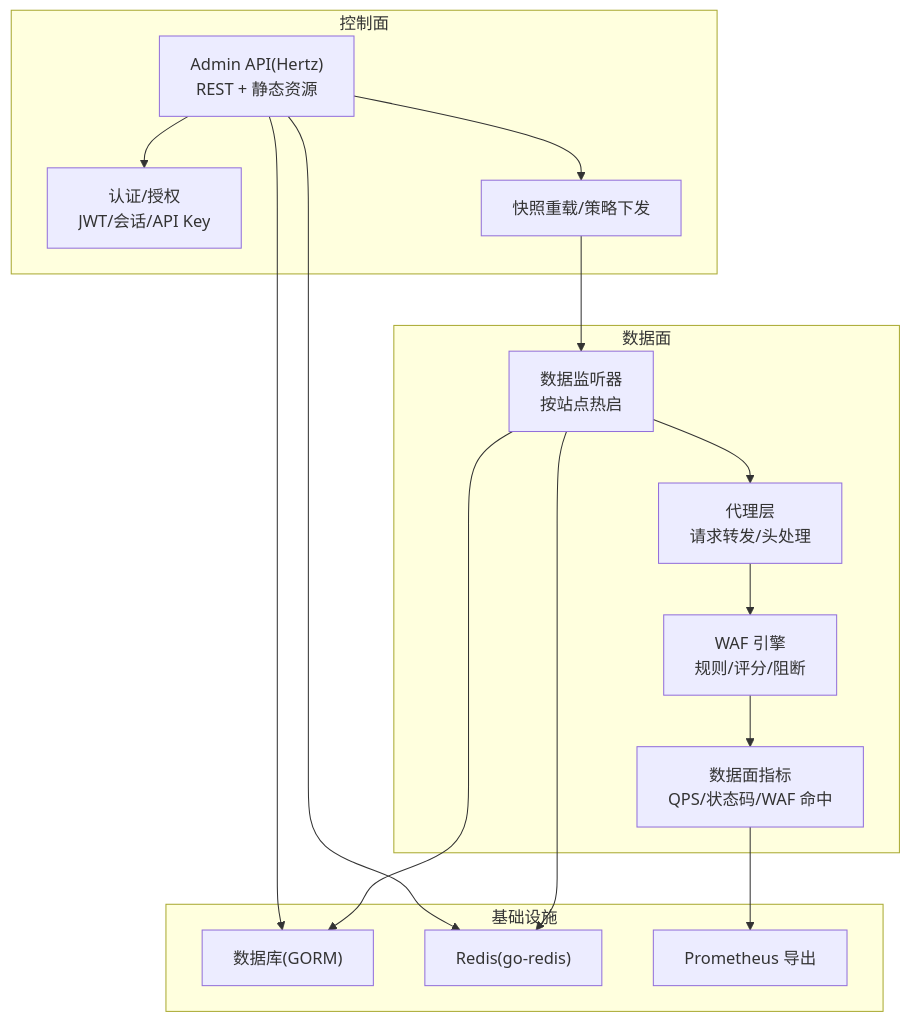
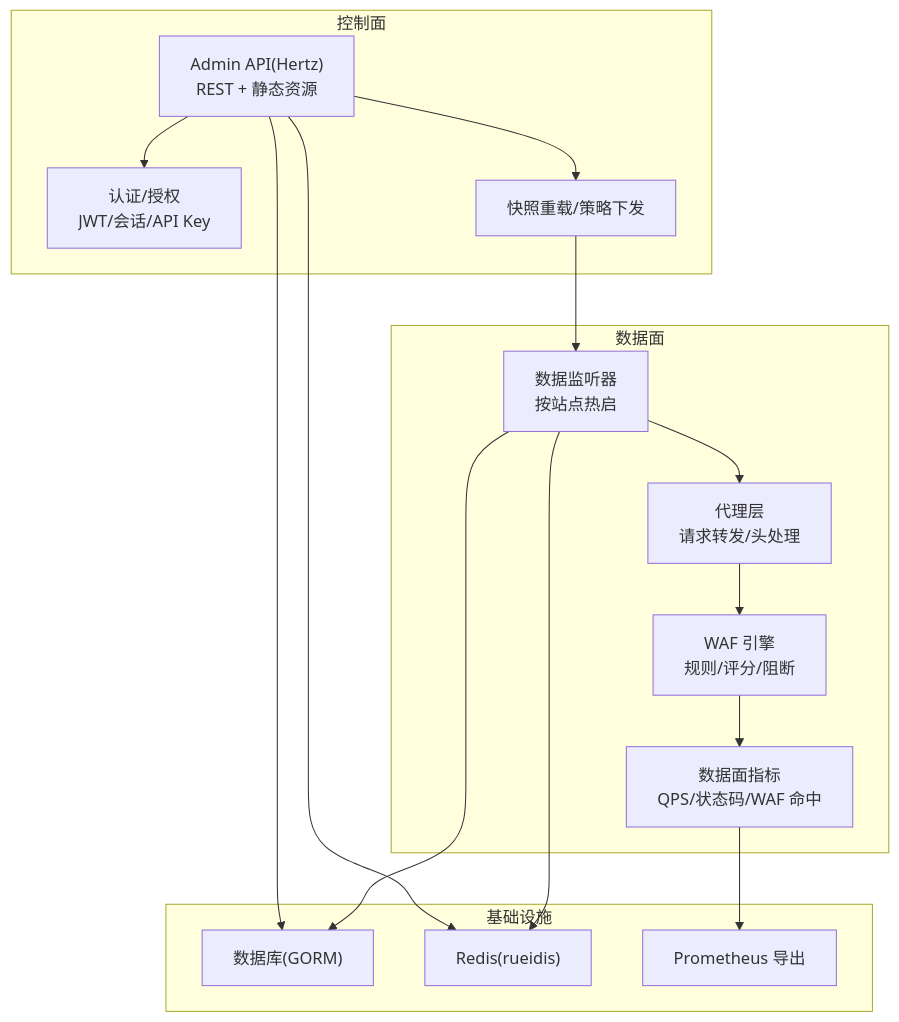
The second of 13 diagrams in docs/扩展与插件系统/第三方集成/第三方集成.md (x01n/My-OpenWaf), drawn with Mermaid before and after one commit. The commit also changed 329 other files, not shown here.

````diff
--- a/docs/扩展与插件系统/第三方集成/第三方集成.md
+++ b/docs/扩展与插件系统/第三方集成/第三方集成.md
@@ -116,29 +116,29 @@
 ```mermaid
 graph TB
 subgraph "控制面"
 Admin["Admin API(Hertz)<br/>REST + 静态资源"]
 Auth["认证/授权<br/>JWT/会话/API Key"]
 Reload["快照重载/策略下发"]
 end
 subgraph "数据面"
 DP["数据监听器<br/>按站点热启"]
 Proxy["代理层<br/>请求转发/头处理"]
 Engine["WAF 引擎<br/>规则/评分/阻断"]
 DPMetrics["数据面指标<br/>QPS/状态码/WAF 命中"]
 end
 subgraph "基础设施"
 DB["数据库(GORM)"]
-Redis["Redis(go-redis)"]
+Redis["Redis(rueidis)"]
 Prom["Prometheus 导出"]
 end
 Admin --> Auth
 Admin --> Reload
 Reload --> DP
 DP --> Proxy --> Engine
 Engine --> DPMetrics
 Admin --> DB
 DP --> DB
 Admin --> Redis
 DP --> Redis
 DPMetrics --> Prom
 ```
````
